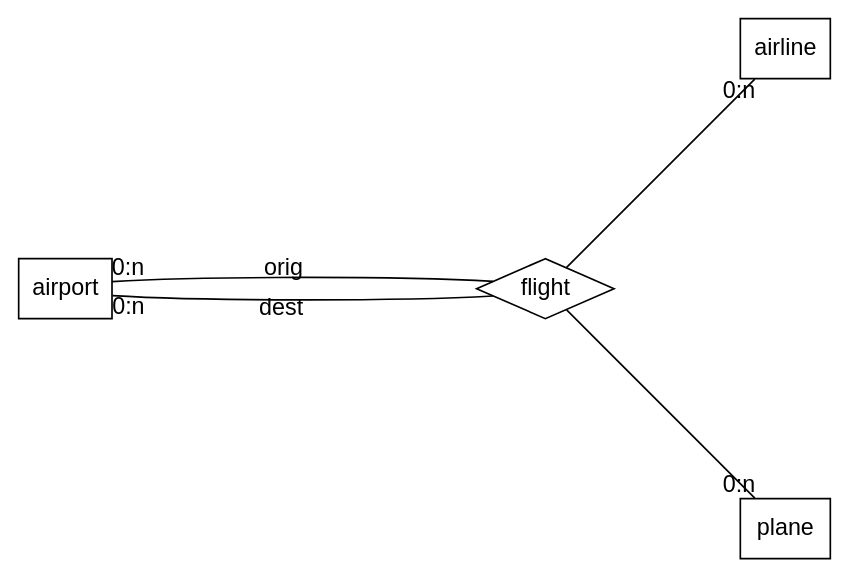
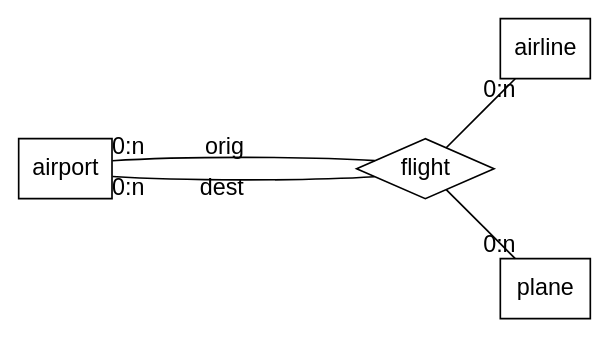
The fifth of 8 diagrams in slides/Modelisation_1.qmd (bgentou/MA15E045), drawn with Graphviz before and after one commit. The commit also changed other lines of this file and 250 other files, not shown here.

````diff
--- a/slides/Modelisation_1.qmd
+++ b/slides/Modelisation_1.qmd
@@ -564,19 +521,18 @@
 ```{dot}
 //| label: "nyc-quaternaire"
 //| eval: true
 //| echo: false
 graph ER {
 	fontname="Helvetica,Arial,sans-serif"
 	node [fontname="Helvetica,Arial,sans-serif"]
 	edge [fontname="Helvetica,Arial,sans-serif"]
 	layout=fdp
-	node [shape=box]; airport [pos="1,5!"]; plane [pos="7,3!"]; airline [pos="7,7!"];
-	node [shape=diamond]; flight [pos="5,5!"];
+	node [shape=box]; airport [pos="1,2!"]; plane [pos="5,1!"]; airline [pos="5,3!"];
+	node [shape=diamond]; flight [pos="4,2!"];
 	
 	airport -- flight [taillabel="0:n", label="orig"] ;
 	flight -- airport [headlabel="0:n", label="dest"] ;
 	flight -- airline  [headlabel="0:n"] ;
 	flight -- plane [headlabel="0:n"] ;
 }
-
 ```
````
